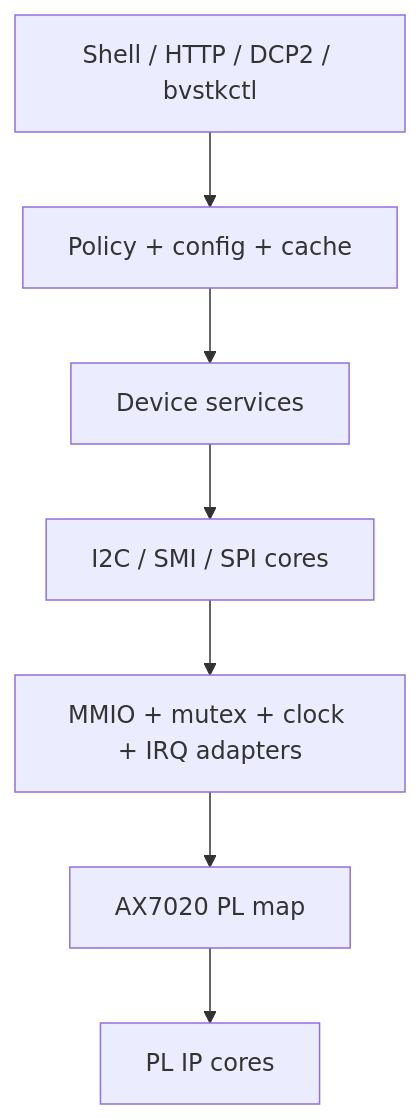
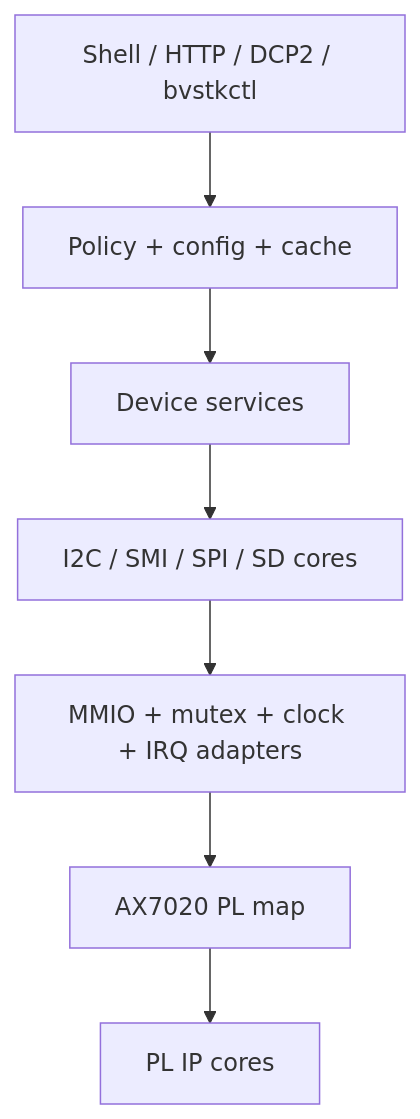
One commit to igtrefilov/bvstk changed the first of 4 diagrams in docs/dev/pl-cores.md. Above: the diagram before and after it, drawn with Mermaid. The commit also changed other lines of this file and 30 other files, not shown here.

````diff
--- a/docs/dev/pl-cores.md
+++ b/docs/dev/pl-cores.md
@@ -7,12 +7,12 @@
 ```mermaid
 flowchart TB
     Surface[Shell / HTTP / DCP2 / bvstkctl]
     Policy[Policy + config + cache]
     Device[Device services]
-    Core[I2C / SMI / SPI cores]
+    Core[I2C / SMI / SPI / SD cores]
     Port[MMIO + mutex + clock + IRQ adapters]
     Map[AX7020 PL map]
     IP[PL IP cores]
 
     Surface --> Policy --> Device --> Core --> Port --> Map --> IP
 ```
````
